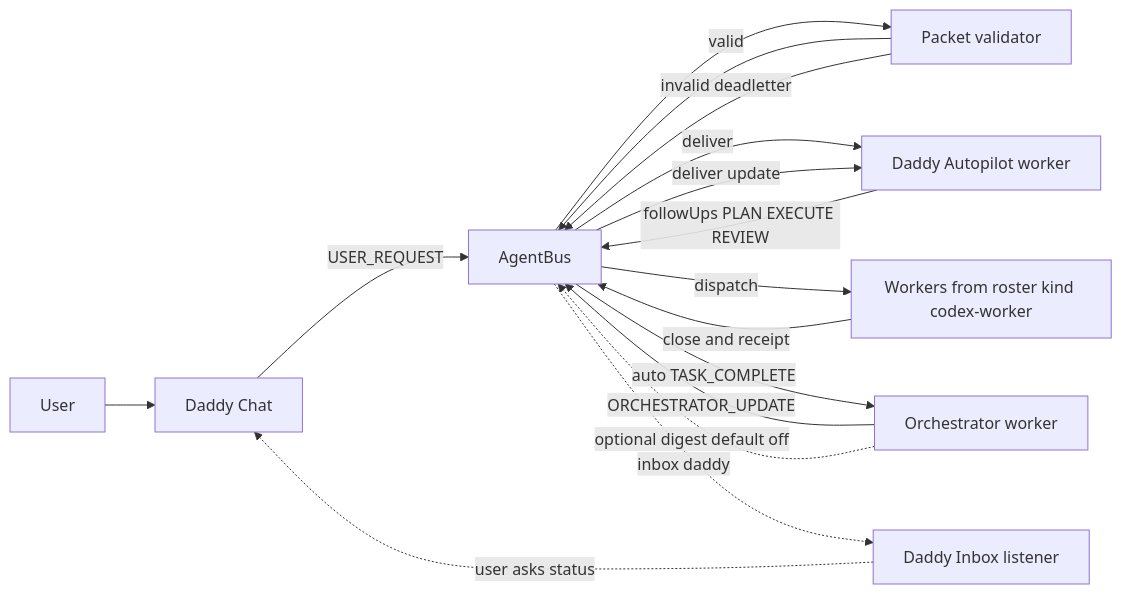
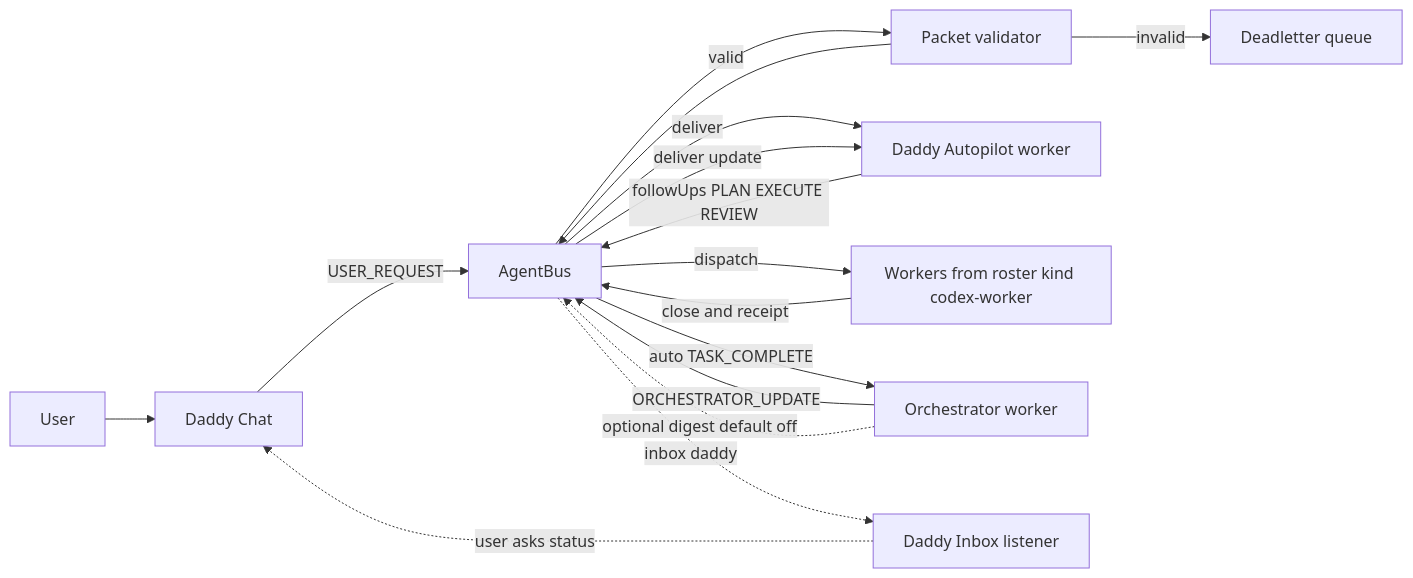
The first of 3 diagrams in docs/agentic/WORKFLOW_VISUALS.md (future3OOO/agentic-cockpit), drawn with Mermaid before and after one commit. The commit also changed 1 other file, not shown here.

Commit message:
docs: make deadletter path explicit in runtime diagrams

````diff
--- a/docs/agentic/WORKFLOW_VISUALS.md
+++ b/docs/agentic/WORKFLOW_VISUALS.md
@@ -10,21 +10,21 @@
 ```mermaid
 flowchart LR
   User["User"] --> Chat["Daddy Chat"]
   Chat -->|USER_REQUEST| Bus["AgentBus"]
   Bus --> Validator["Packet validator"]
   Validator -->|valid| Bus
-  Validator -->|invalid deadletter| Bus
+  Validator -->|invalid| Deadletter["Deadletter queue"]
 
   Bus -->|deliver| Auto["Daddy Autopilot worker"]
   Auto -->|followUps PLAN EXECUTE REVIEW| Bus
   Bus -->|dispatch| Workers["Workers from roster kind codex-worker"]
 
   Workers -->|close and receipt| Bus
   Bus -->|auto TASK_COMPLETE| Orch["Orchestrator worker"]
   Orch -->|ORCHESTRATOR_UPDATE| Bus
   Bus -->|deliver update| Auto
 
   Orch -. optional digest default off .-> Bus
   Bus -. inbox daddy .-> Inbox["Daddy Inbox listener"]
   Inbox -. user asks status .-> Chat
 ```
````
